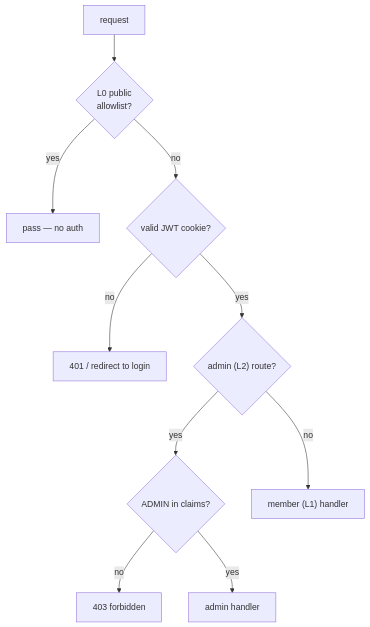
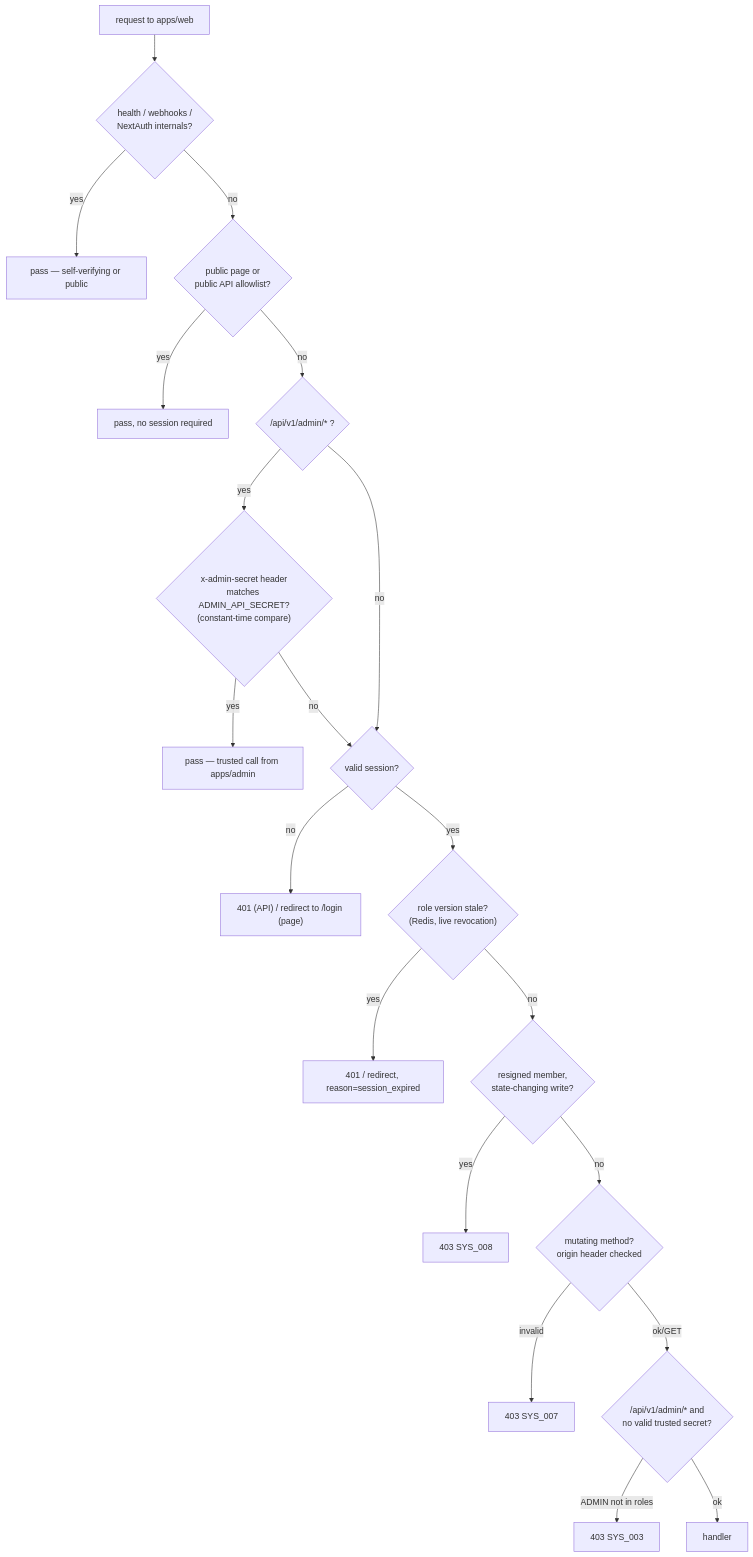
Before and after one commit to KSDRILL-SA/Xkimi-Xa-Mali: the fourth of 4 diagrams in docs/flows/01-auth-flow.md, drawn with Mermaid. The commit also changed other lines of this file and 5 other files, not shown here.

````diff
--- a/docs/flows/01-auth-flow.md
+++ b/docs/flows/01-auth-flow.md
@@ -77,12 +118,22 @@
 ```mermaid
 flowchart TD
-    REQ["request"] --> L0{"L0 public<br/>allowlist?"}
-    L0 -->|yes| PASS0["pass — no auth"]
-    L0 -->|no| JWT{"valid JWT cookie?"}
-    JWT -->|no| R401["401 / redirect to login"]
-    JWT -->|yes| L2{"admin (L2) route?"}
-    L2 -->|yes| ROLE{"ADMIN in claims?"}
-    ROLE -->|no| R403["403 forbidden"]
-    ROLE -->|yes| PASS2["admin handler"]
-    L2 -->|no| PASS1["member (L1) handler"]
+    REQ["request to apps/web"] --> ALWAYS{"health / webhooks /<br/>NextAuth internals?"}
+    ALWAYS -->|yes| PASS0["pass — self-verifying or public"]
+    ALWAYS -->|no| PUB{"public page or<br/>public API allowlist?"}
+    PUB -->|yes| PASS1["pass, no session required"]
+    PUB -->|no| ADMINROUTE{"/api/v1/admin/* ?"}
+    ADMINROUTE -->|yes| SECRET{"x-admin-secret header<br/>matches ADMIN_API_SECRET?<br/>(constant-time compare)"}
+    SECRET -->|yes| PASSTRUST["pass — trusted call from apps/admin"]
+    SECRET -->|no| SESS{"valid session?"}
+    ADMINROUTE -->|no| SESS
+    SESS -->|no| R401["401 (API) / redirect to /login (page)"]
+    SESS -->|yes| ROLEV{"role version stale?<br/>(Redis, live revocation)"}
+    ROLEV -->|yes| REAUTH["401 / redirect, reason=session_expired"]
+    ROLEV -->|no| STANDING{"resigned member,<br/>state-changing write?"}
+    STANDING -->|yes| R403A["403 SYS_008"]
+    STANDING -->|no| CSRF{"mutating method?<br/>origin header checked"}
+    CSRF -->|invalid| R403B["403 SYS_007"]
+    CSRF -->|ok/GET| ADMINCHECK{"/api/v1/admin/* and<br/>no valid trusted secret?"}
+    ADMINCHECK -->|ADMIN not in roles| R403C["403 SYS_003"]
+    ADMINCHECK -->|ok| PASS2["handler"]
 ```
````
